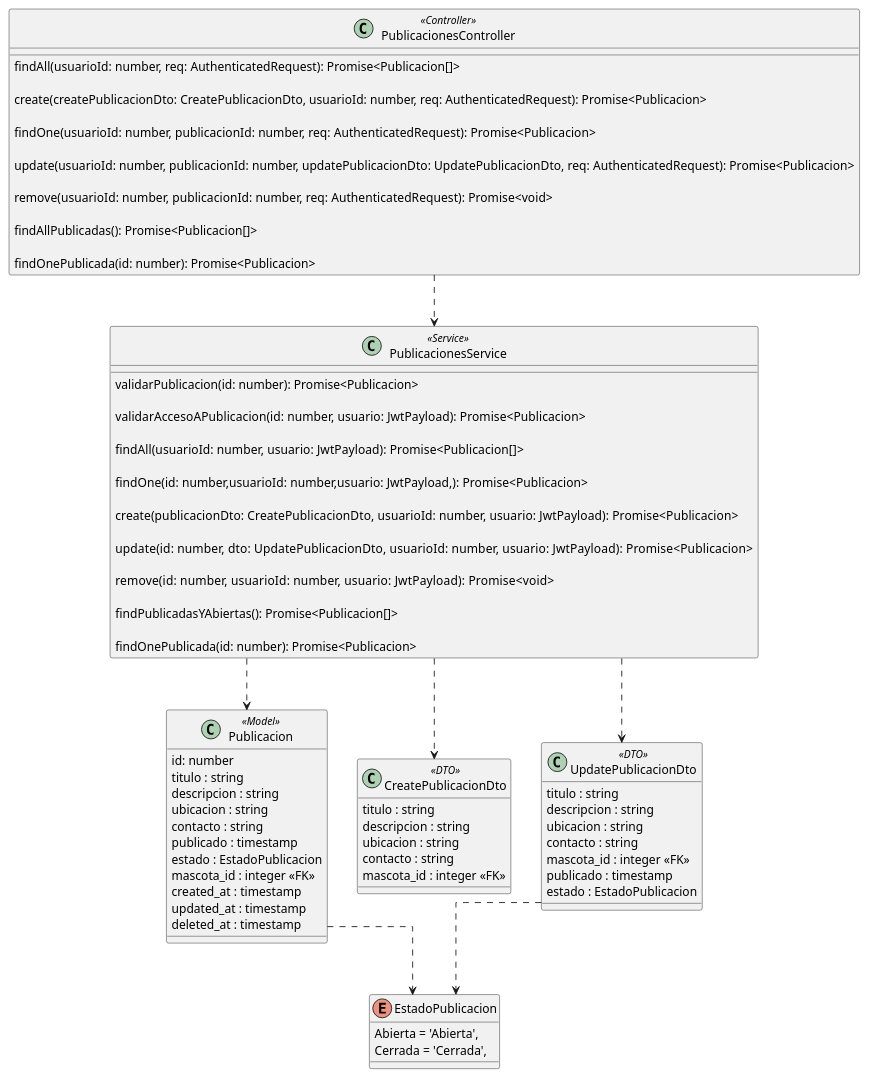
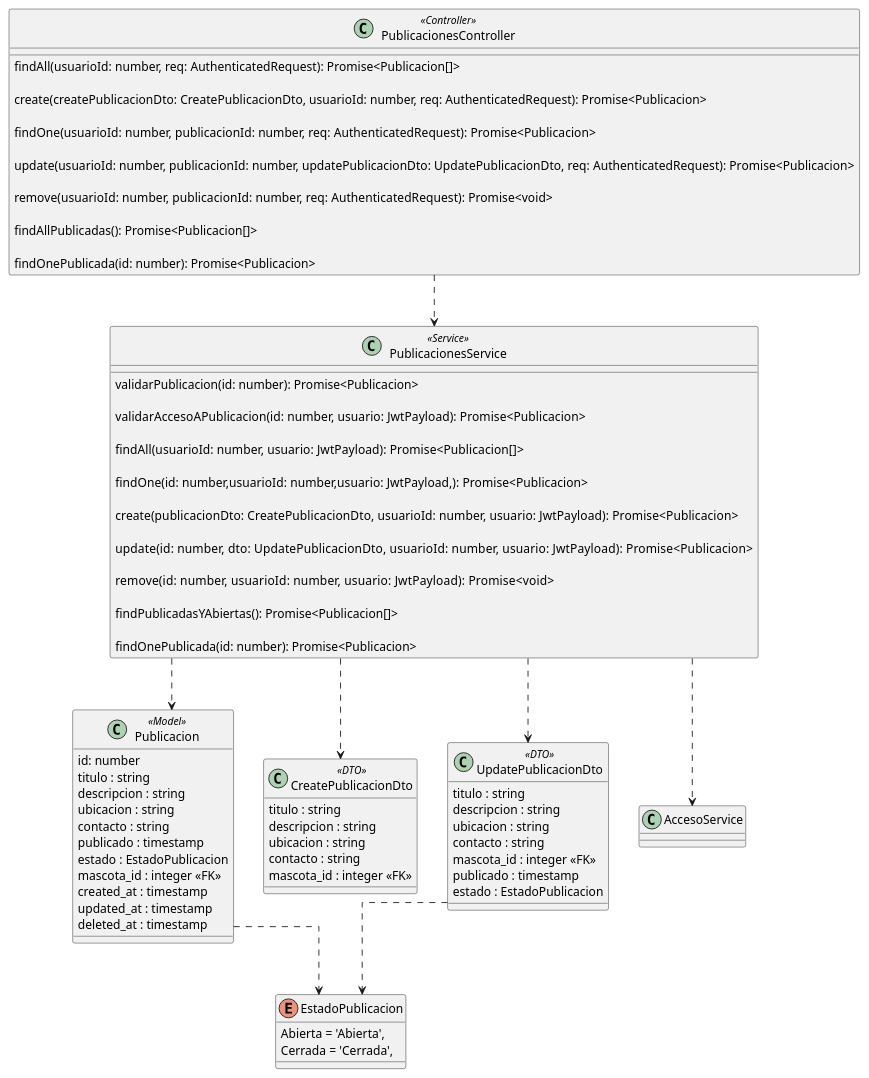
The diagram in documentacion/diagramas/Diagramas de clases/diagrama_clase_publicacion.puml (fedef1982/2025-TUP-Prog3-TP-Grupo2), drawn with PlantUML before and after one commit. The commit also changed 4 other files, not shown here.

Commit message:
diagramas

```diff
--- a/documentacion/diagramas/Diagramas de clases/diagrama_clase_publicacion.puml
+++ b/documentacion/diagramas/Diagramas de clases/diagrama_clase_publicacion.puml
@@ -1,91 +1,96 @@
 @startuml AdoptAR
 
 skinparam Linetype ortho
 
 class Publicacion <<Model>> {
   id: number
   titulo : string
   descripcion : string
   ubicacion : string
   contacto : string
   publicado : timestamp
   estado : EstadoPublicacion
   mascota_id : integer <<FK>>
   created_at : timestamp
   updated_at : timestamp
   deleted_at : timestamp
 
 }
 
 class CreatePublicacionDto <<DTO>> {
   titulo : string
   descripcion : string
   ubicacion : string
   contacto : string
   mascota_id : integer <<FK>>
   }
 
 class UpdatePublicacionDto <<DTO>>{
   titulo : string
   descripcion : string
   ubicacion : string
   contacto : string
   mascota_id : integer <<FK>>
   publicado : timestamp
   estado : EstadoPublicacion
   }
 
 class PublicacionesController <<Controller>> {
   
   findAll(usuarioId: number, req: AuthenticatedRequest): Promise<Publicacion[]>
   
   create(createPublicacionDto: CreatePublicacionDto, usuarioId: number, req: AuthenticatedRequest): Promise<Publicacion>
   
   findOne(usuarioId: number, publicacionId: number, req: AuthenticatedRequest): Promise<Publicacion>
   
   update(usuarioId: number, publicacionId: number, updatePublicacionDto: UpdatePublicacionDto, req: AuthenticatedRequest): Promise<Publicacion>
   
   remove(usuarioId: number, publicacionId: number, req: AuthenticatedRequest): Promise<void>
   
   findAllPublicadas(): Promise<Publicacion[]>
   
   findOnePublicada(id: number): Promise<Publicacion>
 
   }
 
 class PublicacionesService <<Service>>{
 validarPublicacion(id: number): Promise<Publicacion>
 
 validarAccesoAPublicacion(id: number,  usuario: JwtPayload): Promise<Publicacion>
 
 findAll(usuarioId: number,  usuario: JwtPayload): Promise<Publicacion[]>
 
 findOne(id: number,usuarioId: number,usuario: JwtPayload,): Promise<Publicacion>
 
 create(publicacionDto: CreatePublicacionDto,  usuarioId: number,  usuario: JwtPayload): Promise<Publicacion>
 
 update(id: number,  dto: UpdatePublicacionDto,  usuarioId: number,  usuario: JwtPayload): Promise<Publicacion> 
 
 remove(id: number,  usuarioId: number,  usuario: JwtPayload): Promise<void> 
 
 findPublicadasYAbiertas(): Promise<Publicacion[]> 
 
 findOnePublicada(id: number): Promise<Publicacion> 
 
 }
 
 enum EstadoPublicacion {
   Abierta = 'Abierta',
   Cerrada = 'Cerrada',
 }
 
+class AccesoService{
+
+}
+
 /' Relaciones '/
 PublicacionesController ..> PublicacionesService 
 PublicacionesService ..> CreatePublicacionDto 
 PublicacionesService ..> UpdatePublicacionDto 
 PublicacionesService ..> Publicacion
 
 Publicacion ..> EstadoPublicacion
 UpdatePublicacionDto ..> EstadoPublicacion
 
+PublicacionesService ..> AccesoService
 @enduml
```
